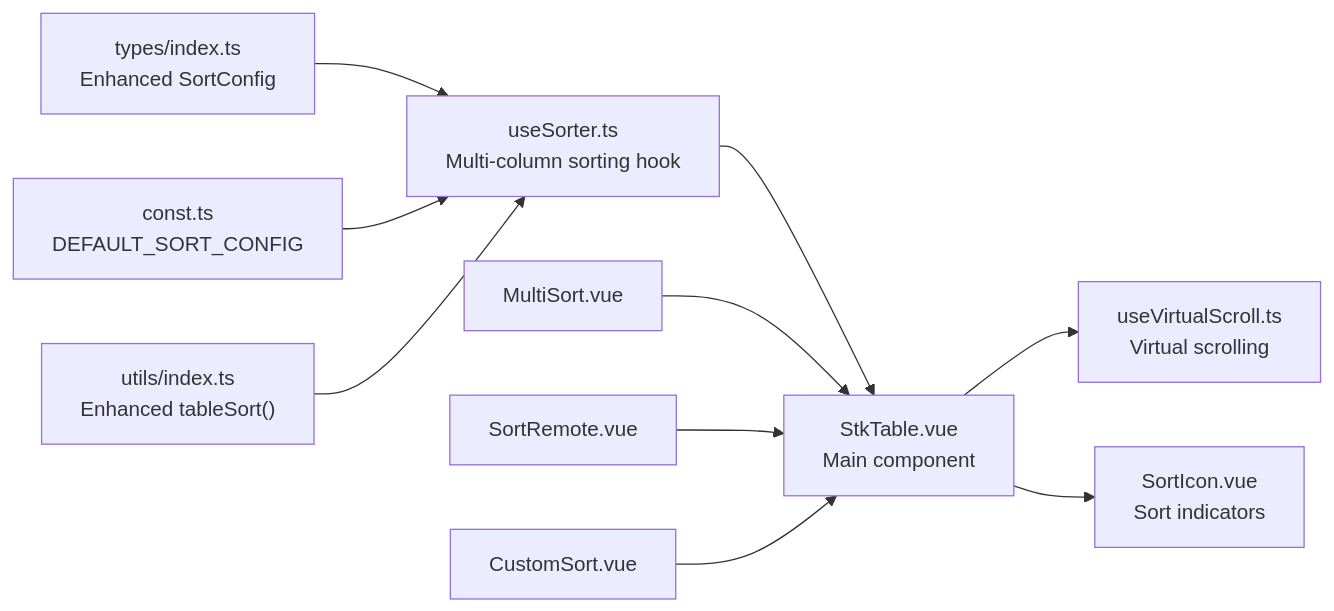
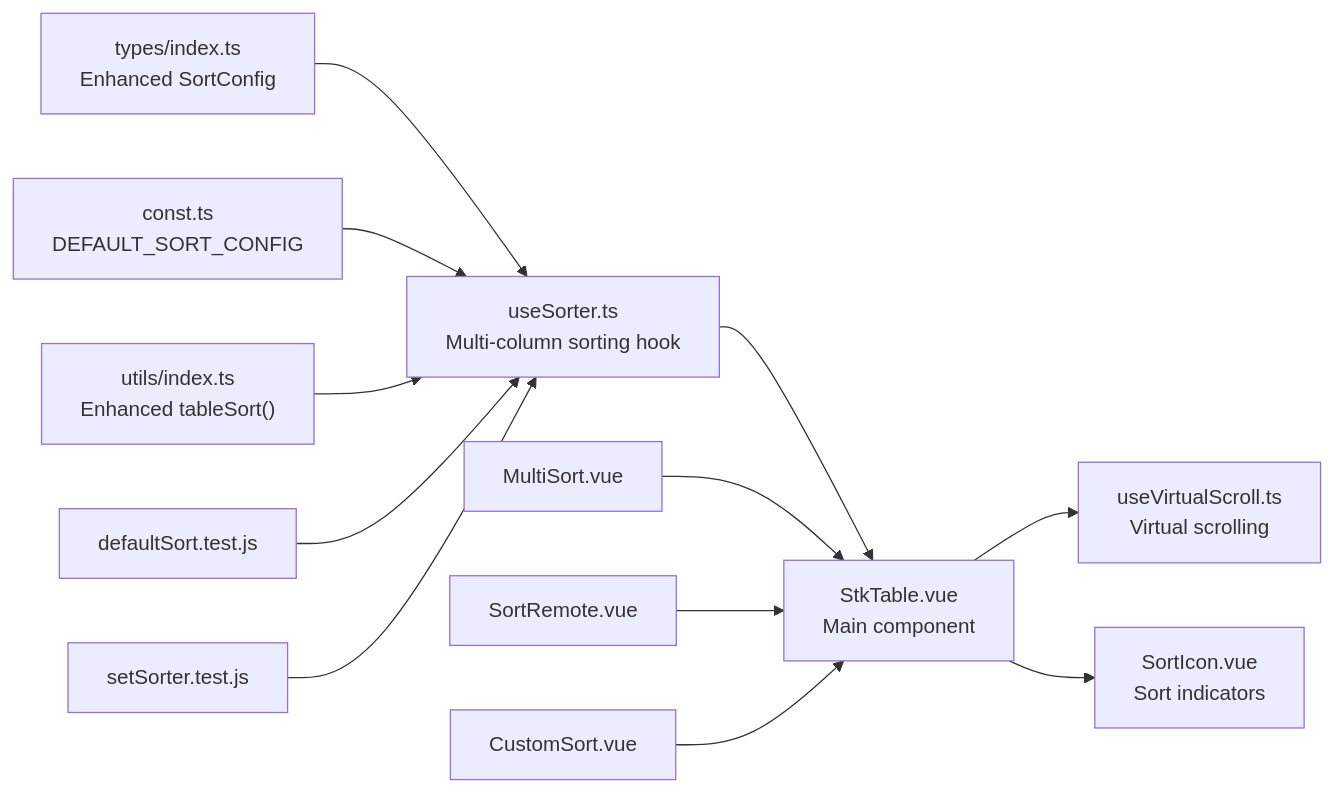
Diagram 11 of 11 in .qoder/repowiki/en/content/Advanced Features/Advanced Sorting/Advanced Sorting.md (ja-plus/stk-table-vue), drawn with Mermaid before and after one commit. The commit also changed other lines of this file and 3 other files, not shown here.

````diff
--- a/.qoder/repowiki/en/content/Advanced Features/Advanced Sorting/Advanced Sorting.md
+++ b/.qoder/repowiki/en/content/Advanced Features/Advanced Sorting/Advanced Sorting.md
@@ -451,12 +502,14 @@
 ```mermaid
 graph LR
 TYPES["types/index.ts<br/>Enhanced SortConfig"] --> USESORTER["useSorter.ts<br/>Multi-column sorting hook"]
 CONST["const.ts<br/>DEFAULT_SORT_CONFIG"] --> USESORTER
 UTILS["utils/index.ts<br/>Enhanced tableSort()"] --> USESORTER
 USESORTER --> STK["StkTable.vue<br/>Main component"]
 STK --> VIRT["useVirtualScroll.ts<br/>Virtual scrolling"]
 STK --> ICON["SortIcon.vue<br/>Sort indicators"]
 DEMO1["MultiSort.vue"] --> STK
 DEMO2["SortRemote.vue"] --> STK
 DEMO3["CustomSort.vue"] --> STK
+TEST1["defaultSort.test.js"] --> USESORTER
+TEST2["setSorter.test.js"] --> USESORTER
 ```
````
